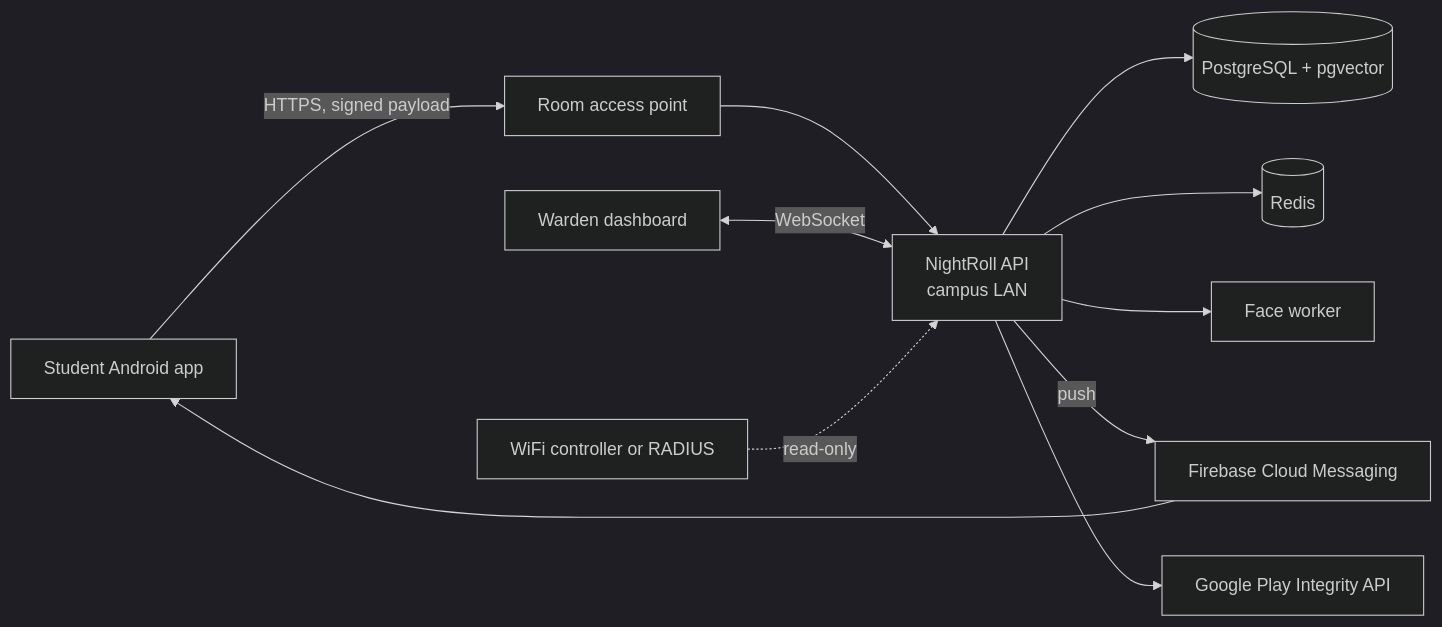
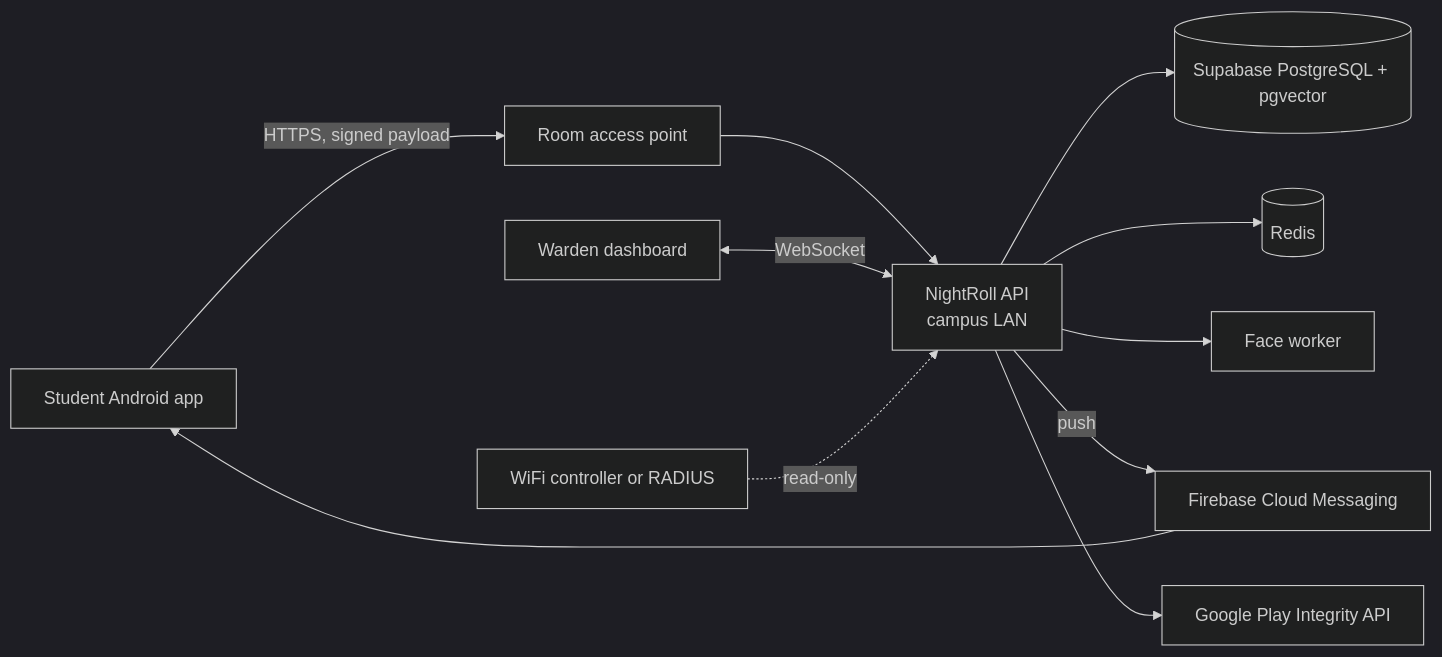
Before and after one commit to Rahul-8283/NightRoll: the first of 3 diagrams in docs/TRD.md, drawn with Mermaid (dark theme). The commit also changed other lines of this file and 2 other files, not shown here.

Commit message:
docs: move database, auth and storage to Supabase across PRD, TRD and architecture

````diff
--- a/docs/TRD.md
+++ b/docs/TRD.md
@@ -41,13 +41,13 @@
 ```mermaid
 flowchart LR
     S["Student Android app"] -- "HTTPS, signed payload" --> AP["Room access point"]
     AP --> GW["NightRoll API<br/>campus LAN"]
-    GW --> DB[("PostgreSQL + pgvector")]
+    GW --> DB[("Supabase PostgreSQL + pgvector")]
     GW --> RD[("Redis")]
     GW --> FW["Face worker"]
     GW -- "push" --> FCM["Firebase Cloud Messaging"]
     FCM --> S
     GW --> PI["Google Play Integrity API"]
     W["Warden dashboard"] <-- "WebSocket" --> GW
     NET["WiFi controller or RADIUS"] -. "read-only" .-> GW
 ```
````
